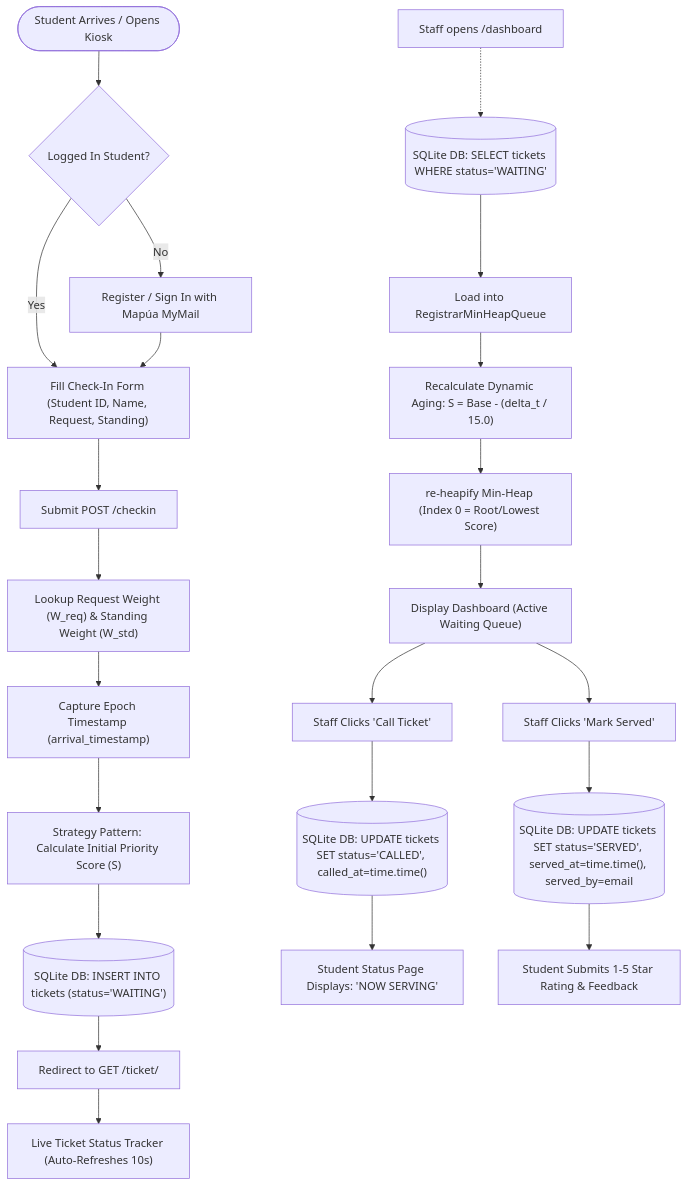
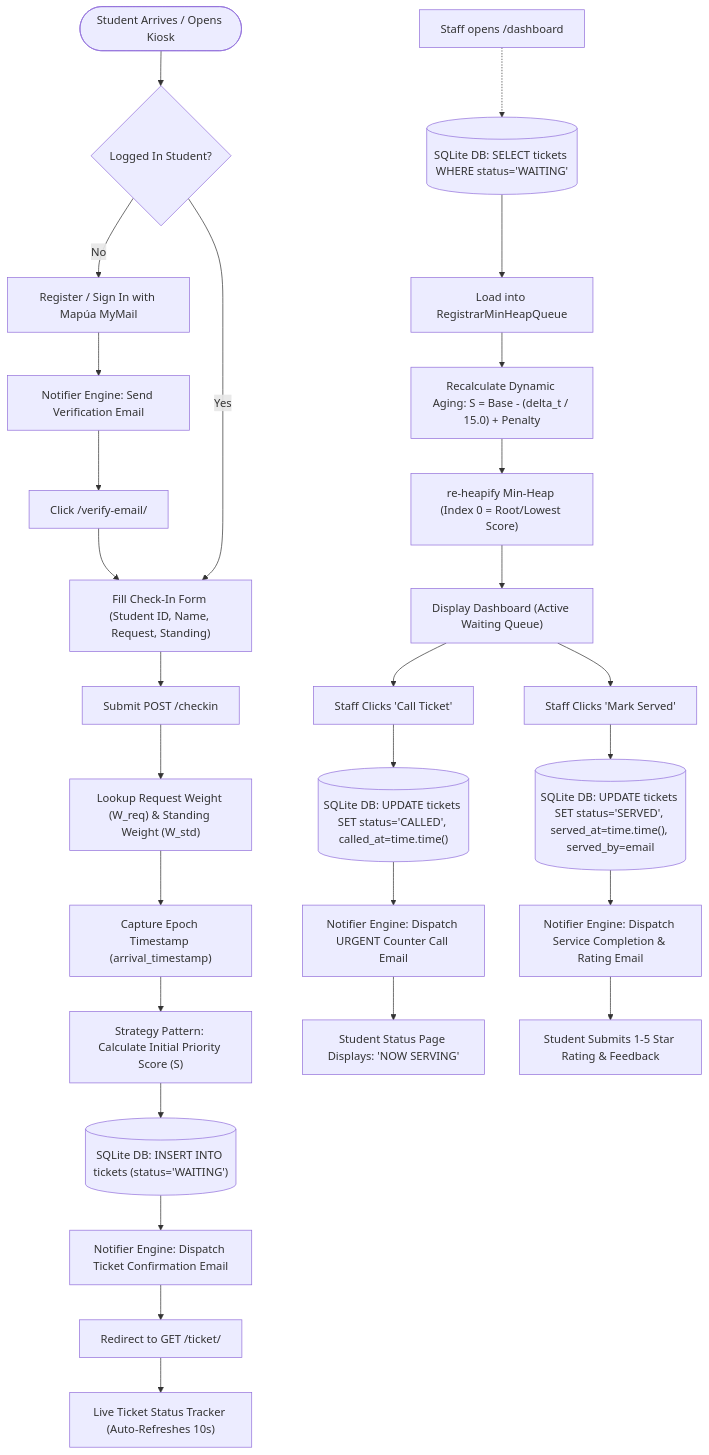
One commit to justinovate/cpe106l-4_finalproject changed the first of 5 diagrams in PROPOSAL.md. Above: the diagram before and after it, drawn with Mermaid. The commit also changed other lines of this file and 22 other files, not shown here.

Commit message:
feat(sprint-3): add dual-mode email notifications, account verification, password resets, ticket lifecycle controls, feedback analytics, deployment config, and 40 AAA tests

````diff
--- a/PROPOSAL.md
+++ b/PROPOSAL.md
@@ -143,28 +141,33 @@
 ```mermaid
 graph TD
     Start(["Student Arrives / Opens Kiosk"]) --> RegCheck{"Logged In Student?"}
     RegCheck -- No --> RegisterStudent["Register / Sign In with Mapúa MyMail"]
+    RegisterStudent --> SendVerifyEmail["Notifier Engine: Send Verification Email"]
+    SendVerifyEmail --> VerifyAccount["Click /verify-email/<token>"]
+    VerifyAccount --> CheckInForm
     RegCheck -- Yes --> CheckInForm["Fill Check-In Form (Student ID, Name, Request, Standing)"]
-    RegisterStudent --> CheckInForm
     CheckInForm --> Submit["Submit POST /checkin"]
     Submit --> LookupWeights["Lookup Request Weight (W_req) & Standing Weight (W_std)"]
     LookupWeights --> CaptureTimestamp["Capture Epoch Timestamp (arrival_timestamp)"]
     CaptureTimestamp --> CalcInitialScore["Strategy Pattern: Calculate Initial Priority Score (S)"]
     CalcInitialScore --> SaveDB[("SQLite DB: INSERT INTO tickets (status='WAITING')")]
-    SaveDB --> RedirectTicket["Redirect to GET /ticket/<id>"]
+    SaveDB --> SendTicketEmail["Notifier Engine: Dispatch Ticket Confirmation Email"]
+    SendTicketEmail --> RedirectTicket["Redirect to GET /ticket/<id>"]
     RedirectTicket --> StudentTracker["Live Ticket Status Tracker (Auto-Refreshes 10s)"]
 
     note1["Staff opens /dashboard"] -.-> FetchWaiting
     FetchWaiting[("SQLite DB: SELECT tickets WHERE status='WAITING'")] --> InstantiateHeap["Load into RegistrarMinHeapQueue"]
-    InstantiateHeap --> ApplyAging["Recalculate Dynamic Aging: S = Base - (delta_t / 15.0)"]
+    InstantiateHeap --> ApplyAging["Recalculate Dynamic Aging: S = Base - (delta_t / 15.0) + Penalty"]
     ApplyAging --> Reheapify["re-heapify Min-Heap (Index 0 = Root/Lowest Score)"]
     Reheapify --> RenderDashboard["Display Dashboard (Active Waiting Queue)"]
 
     RenderDashboard --> CallAction["Staff Clicks 'Call Ticket'"]
     CallAction --> UpdateCalled[("SQLite DB: UPDATE tickets SET status='CALLED', called_at=time.time()")]
-    UpdateCalled --> StudentNotice["Student Status Page Displays: 'NOW SERVING'"]
+    UpdateCalled --> CallEmail["Notifier Engine: Dispatch URGENT Counter Call Email"]
+    CallEmail --> StudentNotice["Student Status Page Displays: 'NOW SERVING'"]
     
     RenderDashboard --> ServeAction["Staff Clicks 'Mark Served'"]
     ServeAction --> UpdateServed[("SQLite DB: UPDATE tickets SET status='SERVED', served_at=time.time(), served_by=email")]
-    UpdateServed --> StudentRating["Student Submits 1-5 Star Rating & Feedback"]
+    UpdateServed --> ServeEmail["Notifier Engine: Dispatch Service Completion & Rating Email"]
+    ServeEmail --> StudentRating["Student Submits 1-5 Star Rating & Feedback"]
 ```
````
